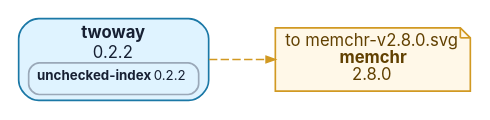
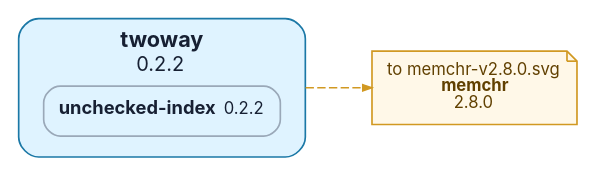
One commit to t4ce/TRUEOS changed the diagram in tools/depgraph/by-root/twoway-v0.2.2.dot. Above: the diagram before and after it, drawn with Graphviz. The commit also changed 162 other files, not shown here.

```diff
--- a/tools/depgraph/by-root/twoway-v0.2.2.dot
+++ b/tools/depgraph/by-root/twoway-v0.2.2.dot
@@ -1,11 +1,11 @@
 digraph "twoway-v0.2.2" {
   graph [rankdir=LR, bgcolor="white", overlap=false, splines=true, nodesep=0.35, ranksep=0.55];
-  node [shape=box, style="rounded,filled", fontname="Inter,Arial", fontsize=10, margin="0.08,0.05", color="#8b9bb0", fillcolor="#f7f9fb", fontcolor="#172033"];
+  node [shape=box, style="rounded,filled", fontname="Inter,Arial", fontsize=10, margin="0.13,0.10", color="#8b9bb0", fillcolor="#f7f9fb", fontcolor="#172033"];
   edge [color="#9aa8b8", arrowsize=0.55, penwidth=0.9];
-  n0 [label=<<TABLE BORDER="0" CELLBORDER="0" CELLSPACING="0" CELLPADDING="0"><TR><TD><B>twoway</B></TD></TR>
-<TR><TD>0.2.2</TD></TR><TR><TD><TABLE BORDER="1" CELLBORDER="0" CELLSPACING="0" CELLPADDING="4" COLOR="#9aa8b8" STYLE="ROUNDED"><TR><TD><FONT POINT-SIZE="8"><B>unchecked-index</B> 0.2.2</FONT></TD></TR></TABLE></TD></TR></TABLE>>, fillcolor="#dff3ff", color="#1b78a6"];
+  n0 [label=<<TABLE BORDER="0" CELLBORDER="0" CELLSPACING="0" CELLPADDING="0"><TR><TD><FONT POINT-SIZE="13"><B>twoway</B></FONT></TD></TR>
+<TR><TD><FONT POINT-SIZE="12">0.2.2</FONT></TD></TR><TR><TD><TABLE BORDER="0" CELLBORDER="0" CELLSPACING="6" CELLPADDING="0"><TR><TD><TABLE BORDER="1" CELLBORDER="0" CELLSPACING="0" CELLPADDING="8" COLOR="#9aa8b8" STYLE="ROUNDED"><TR><TD><FONT POINT-SIZE="11"><B>unchecked-index</B></FONT> <FONT POINT-SIZE="10">0.2.2</FONT></TD></TR></TABLE></TD></TR></TABLE></TD></TR></TABLE>>, fillcolor="#dff3ff", color="#1b78a6"];
   out0 [label=<to memchr-v2.8.0.svg<BR/><B>memchr</B><BR/>2.8.0>, shape=note, style="filled", fillcolor="#fff8e8", color="#d19922", fontcolor="#614000"];
   n0 -> out0 [style=dashed, color="#d19922"];
   // collapsed leaf ends: 1
   // centered two-input leaves: 0
 }
```
